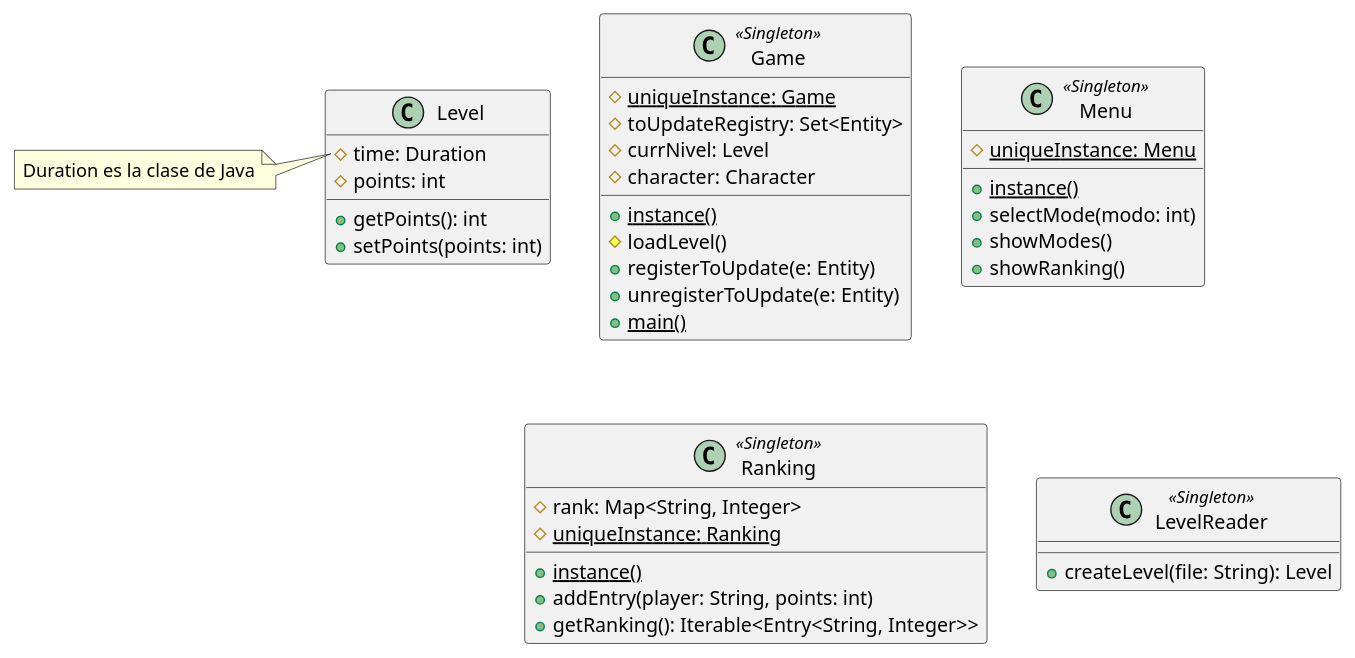
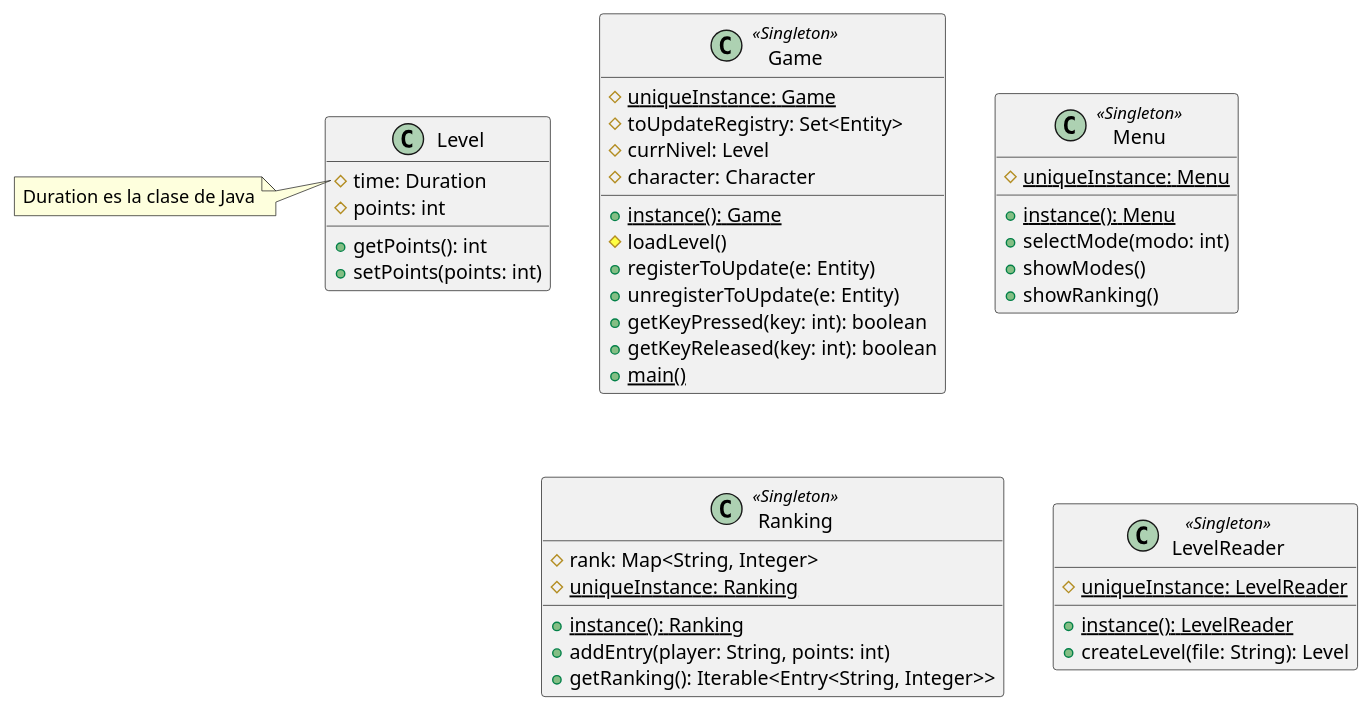
The diagram in Diagramas/diagrama-extendido-game.puml (giuli635/SuperMarioBros), drawn with PlantUML before and after one commit. The commit also changed 4 other files, not shown here.

Commit message:
Diagramas de Secuencia

```diff
--- a/Diagramas/diagrama-extendido-game.puml
+++ b/Diagramas/diagrama-extendido-game.puml
@@ -1,44 +1,48 @@
 @startuml
 class Game <<Singleton>> {
     #{static} uniqueInstance: Game
     #toUpdateRegistry: Set<Entity>
     #currNivel: Level
     #character: Character
-    +{static} instance()
+    +{static} instance(): Game
     #loadLevel()
     +registerToUpdate(e: Entity)
     +unregisterToUpdate(e: Entity)
+    +getKeyPressed(key: int): boolean
+    +getKeyReleased(key: int): boolean
     +{static} main()
 }
 
 class Level{
     #time: Duration
     #points: int
     +getPoints(): int
     +setPoints(points: int)
 }
 note left of Level::time
 Duration es la clase de Java
 end note
 
 class Menu <<Singleton>> {
     #{static} uniqueInstance: Menu
-    +{static} instance()
+    +{static} instance(): Menu
     +selectMode(modo: int)
     +showModes()
     +showRanking()
     ' TODO: implementar la UI del menu
 }
 
 class Ranking <<Singleton>> {
     #rank: Map<String, Integer>
     #{static} uniqueInstance: Ranking
-    +{static} instance()
+    +{static} instance(): Ranking
     +addEntry(player: String, points: int)
     +getRanking(): Iterable<Entry<String, Integer>>
 }
 
 class LevelReader <<Singleton>> {
+    #{static} uniqueInstance: LevelReader
+    +{static} instance(): LevelReader
     +createLevel(file: String): Level
 }
 @enduml
```
